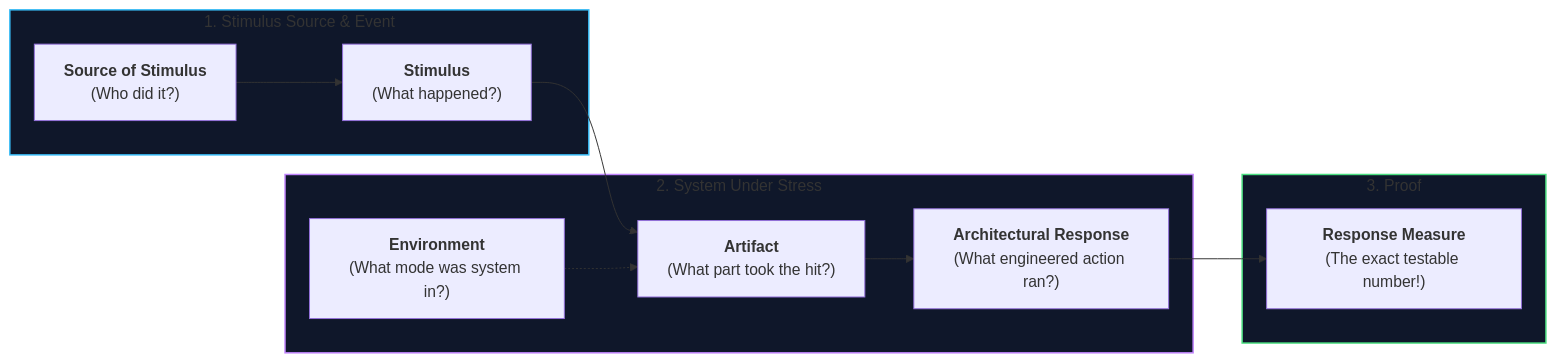
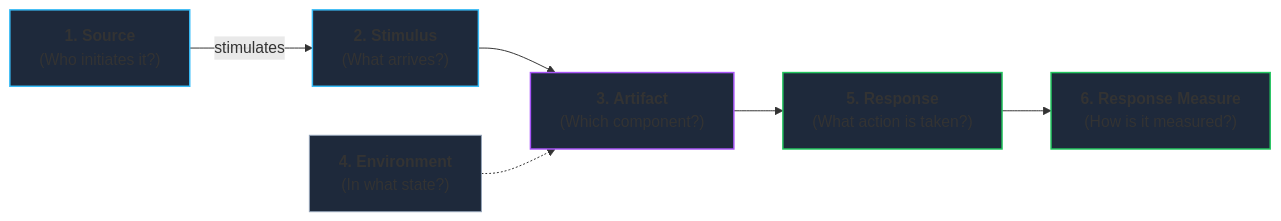
The first of 2 diagrams in Software Architectures/Lecture 2/Lecture_02_Notes.md (shreyash2601/bits-notes), drawn with Mermaid before and after one commit. The commit also changed other lines of this file and 31 other files, not shown here.

````diff
--- a/Software Architectures/Lecture 2/Lecture_02_Notes.md
+++ b/Software Architectures/Lecture 2/Lecture_02_Notes.md
@@ -119,27 +64,15 @@
 ```mermaid
 flowchart LR
-    subgraph EXT ["1. Stimulus Source & Event"]
-        SRC["<b>Source of Stimulus</b><br/>(Who did it?)"]
-        STIM["<b>Stimulus</b><br/>(What happened?)"]
-        SRC --> STIM
-    end
+    SRC["<b>1. Source</b><br/>(Who initiates it?)"] -->|stimulates| STM["<b>2. Stimulus</b><br/>(What arrives?)"]
+    STM --> ART["<b>3. Artifact</b><br/>(Which component?)"]
+    ENV["<b>4. Environment</b><br/>(In what state?)"] -.-> ART
+    ART --> RSP["<b>5. Response</b><br/>(What action is taken?)"]
+    RSP --> RSM["<b>6. Response Measure</b><br/>(How is it measured?)"]
 
-    subgraph SYS ["2. System Under Stress"]
-        ENV["<b>Environment</b><br/>(What mode was system in?)"]
-        ART["<b>Artifact</b><br/>(What part took the hit?)"]
-        RESP["<b>Architectural Response</b><br/>(What engineered action ran?)"]
-        
-        STIM --> ART
-        ENV -.-> ART
-        ART --> RESP
-    end
-
-    subgraph VER ["3. Proof"]
-        RM["<b>Response Measure</b><br/>(The exact testable number!)"]
-        RESP --> RM
-    end
-
-    style EXT fill:#0f172a,stroke:#38bdf8,stroke-width:1.5px
-    style SYS fill:#0f172a,stroke:#c084fc,stroke-width:1.5px
-    style VER fill:#0f172a,stroke:#4ade80,stroke-width:1.5px
+    style SRC fill:#1e293b,stroke:#38bdf8,stroke-width:1.5px
+    style STM fill:#1e293b,stroke:#38bdf8,stroke-width:1.5px
+    style ART fill:#1e293b,stroke:#a855f7,stroke-width:1.5px
+    style ENV fill:#1e293b,stroke:#94a3b8,stroke-width:1px
+    style RSP fill:#1e293b,stroke:#22c55e,stroke-width:1.5px
+    style RSM fill:#1e293b,stroke:#22c55e,stroke-width:1.5px
 ```
````
